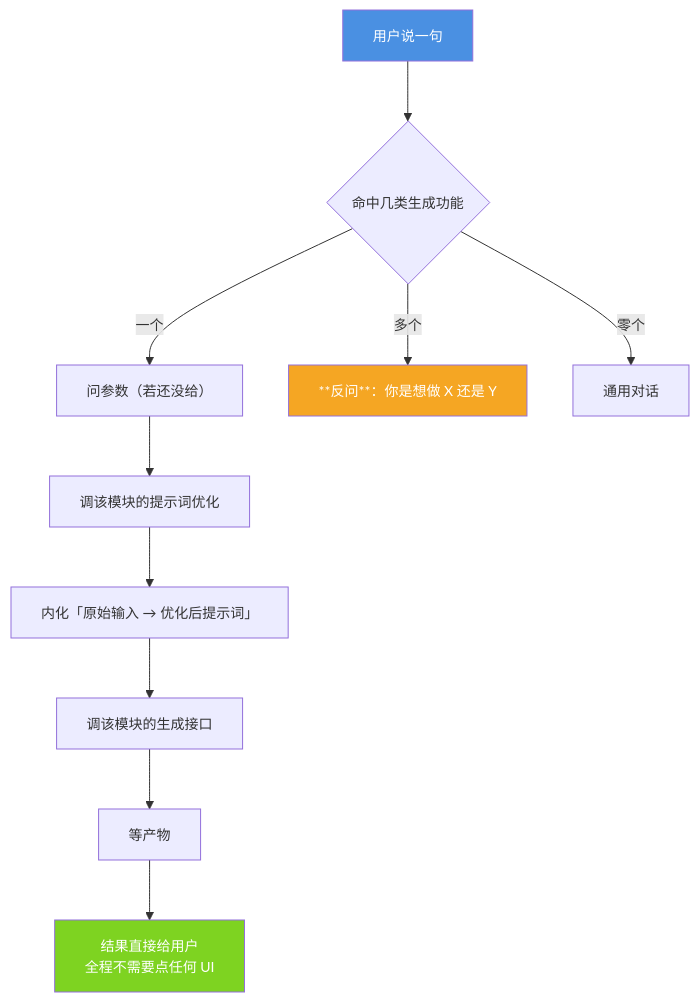
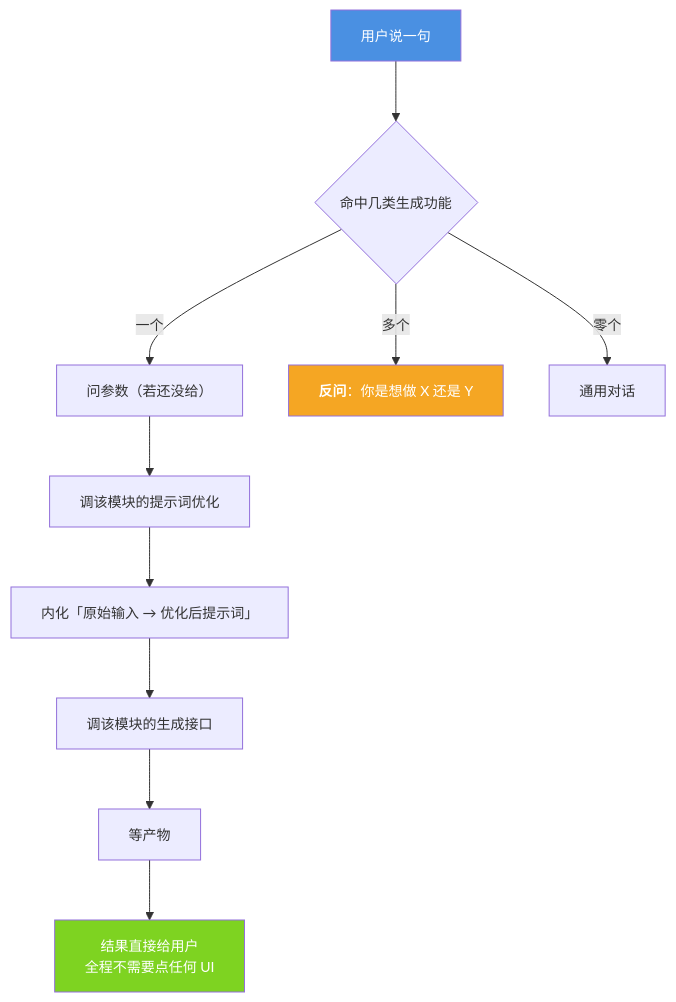
The diagram in docs/generator-connector.md (jiangchuangege/xiaojiao-harnees), drawn with Mermaid before and after one commit. The commit also changed 18 other files, not shown here.

Commit message:
修渲染缺陷：Mermaid 里 43 处 ** 换成可渲染的 <b>（Mermaid 不解析 Markdown 加粗，图里原样显示星号）；去掉列表里嵌套的 json 围栏；新增 check_render.py 并接入 CI

````diff
--- a/docs/generator-connector.md
+++ b/docs/generator-connector.md
@@ -45,17 +45,17 @@
 ```mermaid
 %%{init: {"themeVariables": {"fontSize": "14px"}, "flowchart": {"htmlLabels": true, "wrappingWidth": 340, "nodeSpacing": 46, "rankSpacing": 60, "useMaxWidth": true}}}%%
 flowchart TB
     Q["用户说一句"] --> D{"命中几类生成功能"}
     D -->|"一个"| A["问参数（若还没给）"]
-    D -->|"多个"| ASK["**反问**：你是想做 X 还是 Y"]
+    D -->|"多个"| ASK["<b>反问</b>：你是想做 X 还是 Y"]
     D -->|"零个"| CHAT["通用对话"]
     A --> P1["调该模块的提示词优化"]
     P1 --> P2["内化「原始输入 → 优化后提示词」"]
     P2 --> P3["调该模块的生成接口"]
     P3 --> P4["等产物"]
     P4 --> OUT["结果直接给用户<br/>全程不需要点任何 UI"]
 
     style Q fill:#4A90E2,color:#fff
     style ASK fill:#F5A623,color:#fff
     style OUT fill:#7ED321,color:#fff
 ```
````
